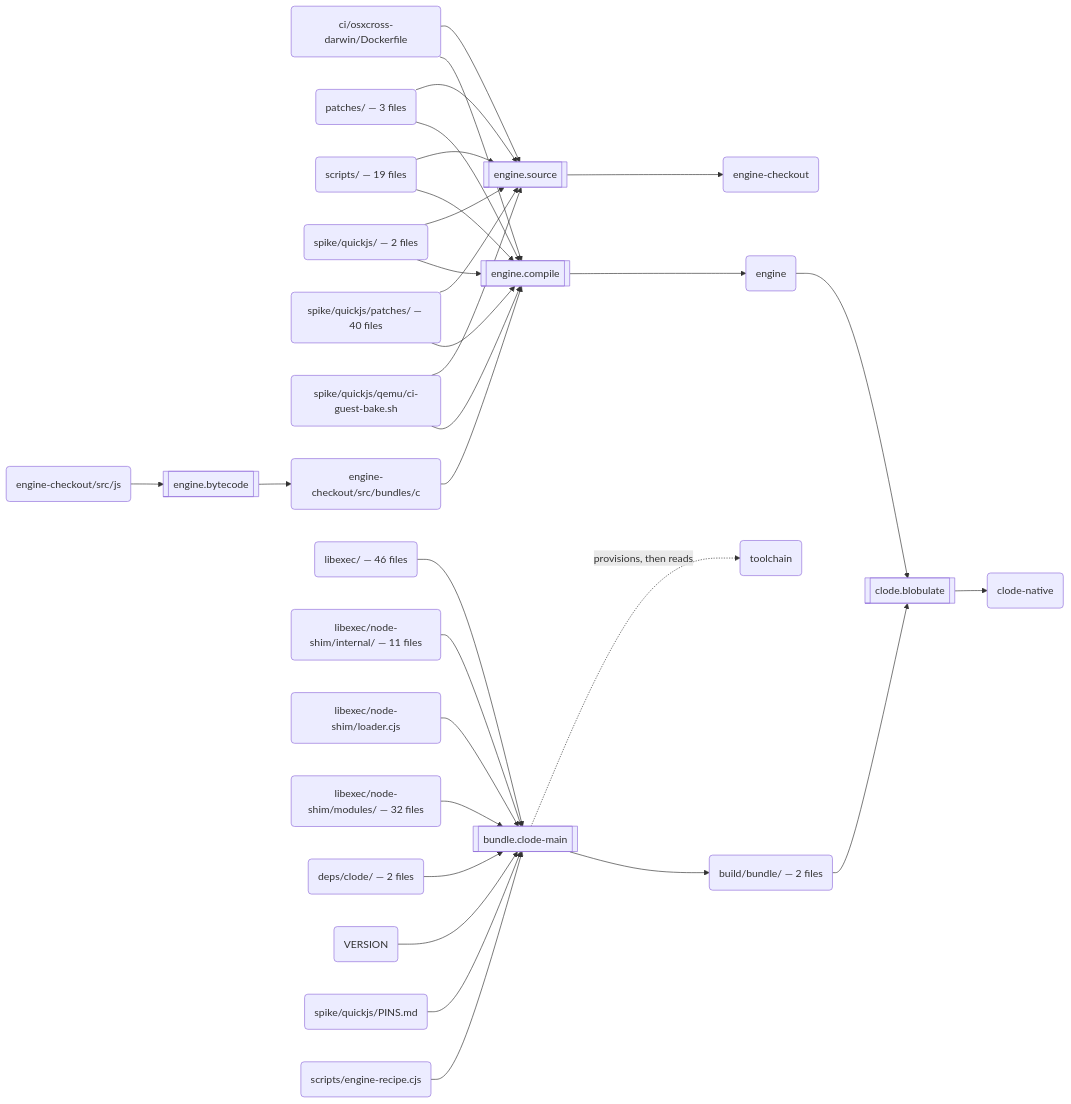
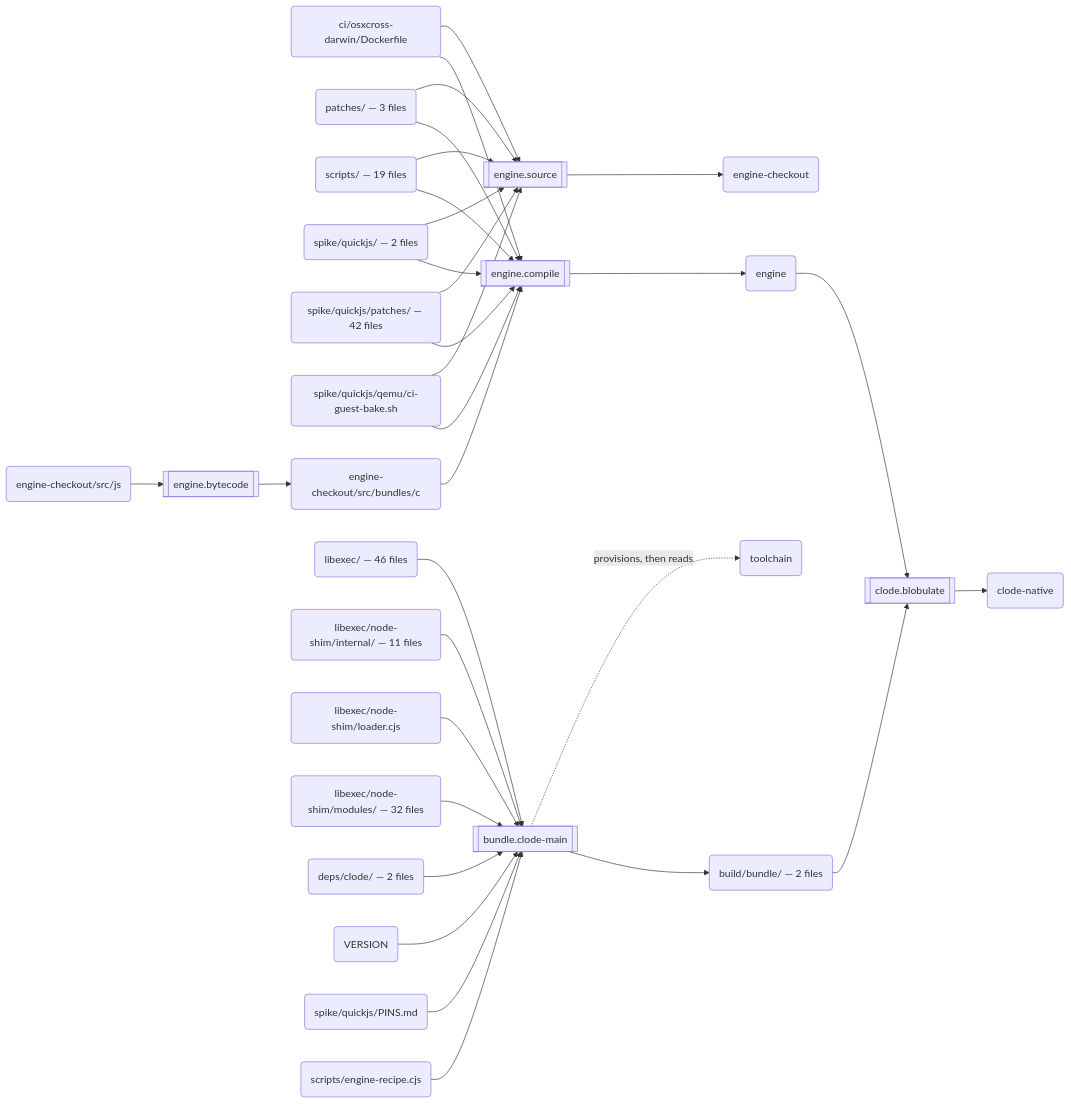
One commit to schmonz/clode changed the second of 3 diagrams in docs/build.md. Above: the diagram before and after it, drawn with Mermaid. The commit also changed other lines of this file, not shown here.

Commit message:
docs(build): regenerate for the two new engine patches
Claude-Session: https://claude.ai/code/session_01X9pCeEg19PPwwjgrS8wV5a

````diff
--- a/docs/build.md
+++ b/docs/build.md
@@ -123,59 +123,59 @@
 ```mermaid
 flowchart LR
   s0[["engine.source"]]
   a0("ci/osxcross-darwin/Dockerfile")
   a1("patches/ — 3 files")
   a2("scripts/ — 19 files")
   a3("spike/quickjs/ — 2 files")
-  a4("spike/quickjs/patches/ — 40 files")
+  a4("spike/quickjs/patches/ — 42 files")
   a5("spike/quickjs/qemu/ci-guest-bake.sh")
   a6("engine-checkout")
   s1[["engine.bytecode"]]
   a7("engine-checkout/src/js")
   a8("engine-checkout/src/bundles/c")
   s2[["engine.compile"]]
   a9("engine")
   s3[["bundle.clode-main"]]
   a10("libexec/ — 46 files")
   a11("libexec/node-shim/internal/ — 11 files")
   a12("libexec/node-shim/loader.cjs")
   a13("libexec/node-shim/modules/ — 32 files")
   a14("deps/clode/ — 2 files")
   a15("VERSION")
   a16("spike/quickjs/PINS.md")
   a17("scripts/engine-recipe.cjs")
   a18("toolchain")
   a19("build/bundle/ — 2 files")
   s4[["clode.blobulate"]]
   a20("clode-native")
   a0 --> s0
   a1 --> s0
   a2 --> s0
   a3 --> s0
   a4 --> s0
   a5 --> s0
   s0 --> a6
   a7 --> s1
   s1 --> a8
   a8 --> s2
   a0 --> s2
   a1 --> s2
   a2 --> s2
   a3 --> s2
   a4 --> s2
   a5 --> s2
   s2 --> a9
   a10 --> s3
   a11 --> s3
   a12 --> s3
   a13 --> s3
   a14 --> s3
   a15 --> s3
   a16 --> s3
   a17 --> s3
   s3 -.->|"provisions, then reads"| a18
   s3 --> a19
   a9 --> s4
   a19 --> s4
   s4 --> a20
 ```
````
